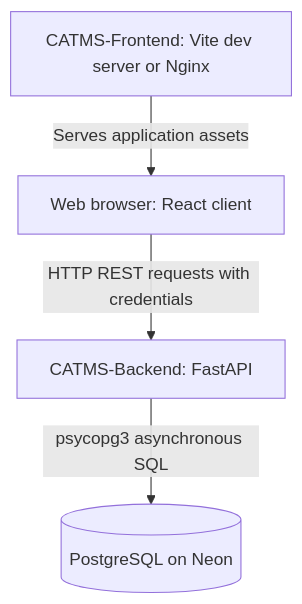
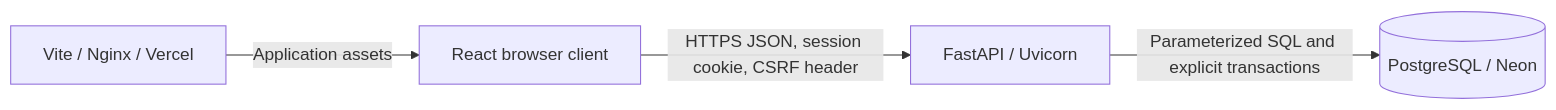
The diagram in architecture.md (datanexus-cs3043/project-docs), drawn with Mermaid before and after one commit. The commit also changed other lines of this file and 7 other files, not shown here.

Commit message:
docs: update project documentation baseline and system architecture references

````diff
--- a/architecture.md
+++ b/architecture.md
@@ -9,6 +9,6 @@
 ```mermaid
-graph TD
-    Frontend[CATMS-Frontend: Vite dev server or Nginx] -->|Serves application assets| Browser[Web browser: React client]
-    Browser -->|HTTP REST requests with credentials| Backend[CATMS-Backend: FastAPI]
-    Backend -->|psycopg3 asynchronous SQL| Database[(PostgreSQL on Neon)]
+flowchart LR
+    Assets["Vite / Nginx / Vercel"] -->|Application assets| Browser["React browser client"]
+    Browser -->|HTTPS JSON, session cookie, CSRF header| API["FastAPI / Uvicorn"]
+    API -->|Parameterized SQL and explicit transactions| DB[("PostgreSQL / Neon")]
 ```
````
